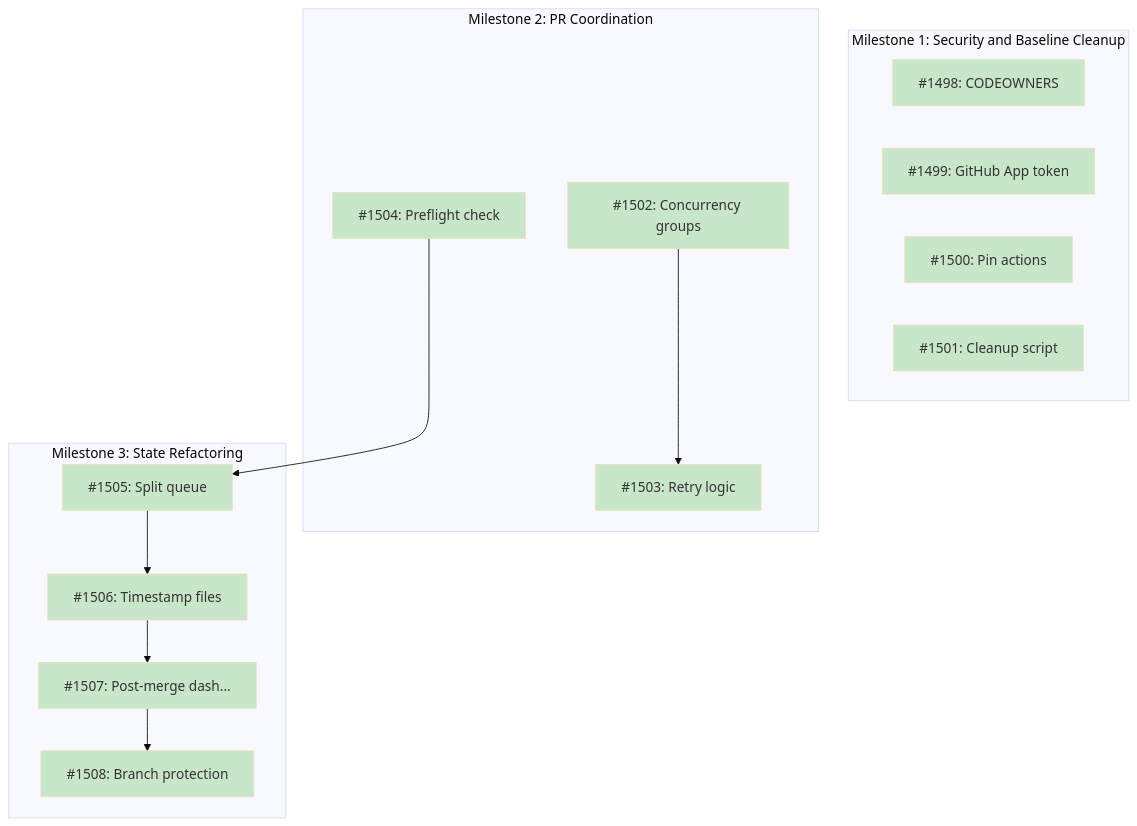
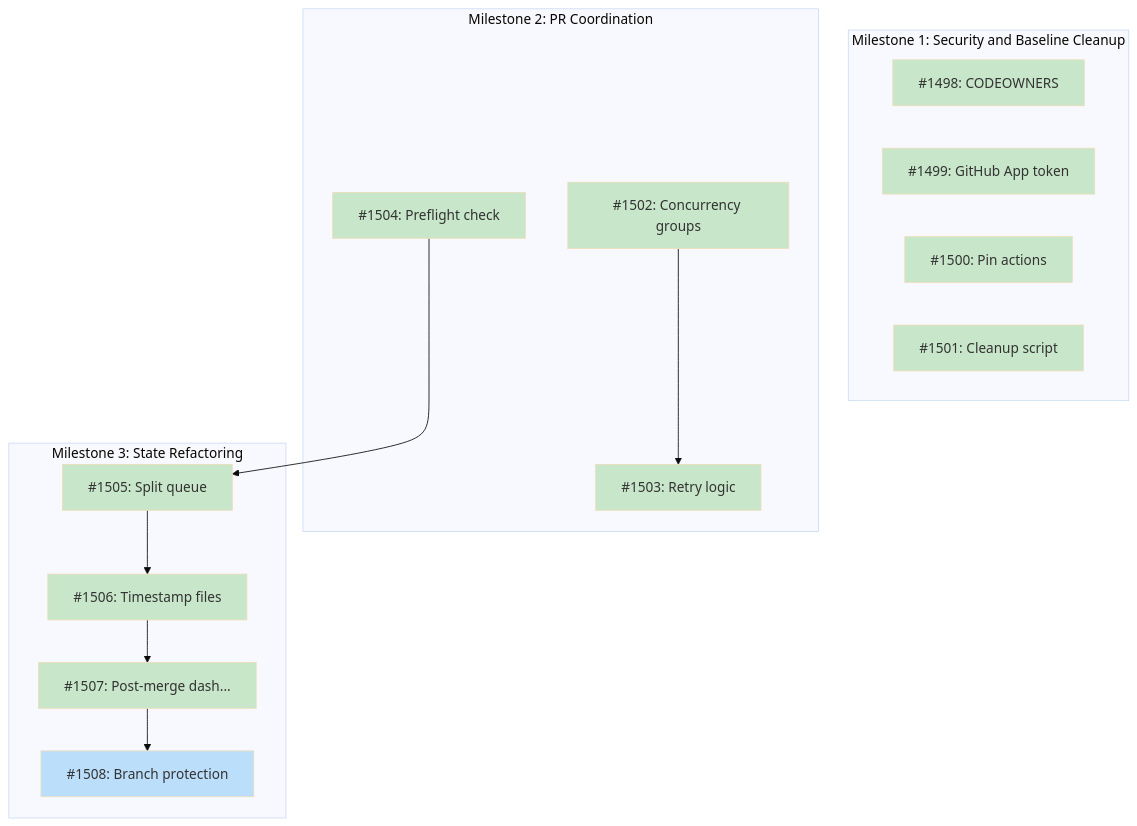
Before and after one commit to tsukumogami/tsuku: the diagram in docs/designs/DESIGN-batch-pr-coordination.md, drawn with Mermaid (base theme). The commit also changed other lines of this file and 1 other file, not shown here.

````diff
--- a/docs/designs/DESIGN-batch-pr-coordination.md
+++ b/docs/designs/DESIGN-batch-pr-coordination.md
@@ -80,35 +80,36 @@
 ```mermaid
 graph TD
     subgraph M1["Milestone 1: Security and Baseline Cleanup"]
         I1498["#1498: CODEOWNERS"]
         I1499["#1499: GitHub App token"]
         I1500["#1500: Pin actions"]
         I1501["#1501: Cleanup script"]
     end
 
     subgraph M2["Milestone 2: PR Coordination"]
         I1502["#1502: Concurrency groups"]
         I1503["#1503: Retry logic"]
         I1504["#1504: Preflight check"]
     end
 
     subgraph M3["Milestone 3: State Refactoring"]
         I1505["#1505: Split queue"]
         I1506["#1506: Timestamp files"]
         I1507["#1507: Post-merge dash..."]
         I1508["#1508: Branch protection"]
     end
 
     I1502 --> I1503
     I1504 --> I1505
     I1505 --> I1506
     I1506 --> I1507
     I1507 --> I1508
 
     classDef done fill:#c8e6c9
     classDef ready fill:#bbdefb
     classDef blocked fill:#fff9c4
     classDef needsDesign fill:#e1bee7
 
-    class I1498,I1499,I1500,I1501,I1502,I1503,I1504,I1505,I1506,I1507,I1508 done
+    class I1498,I1499,I1500,I1501,I1502,I1503,I1504,I1505,I1506,I1507 done
+    class I1508 ready
 ```
````
